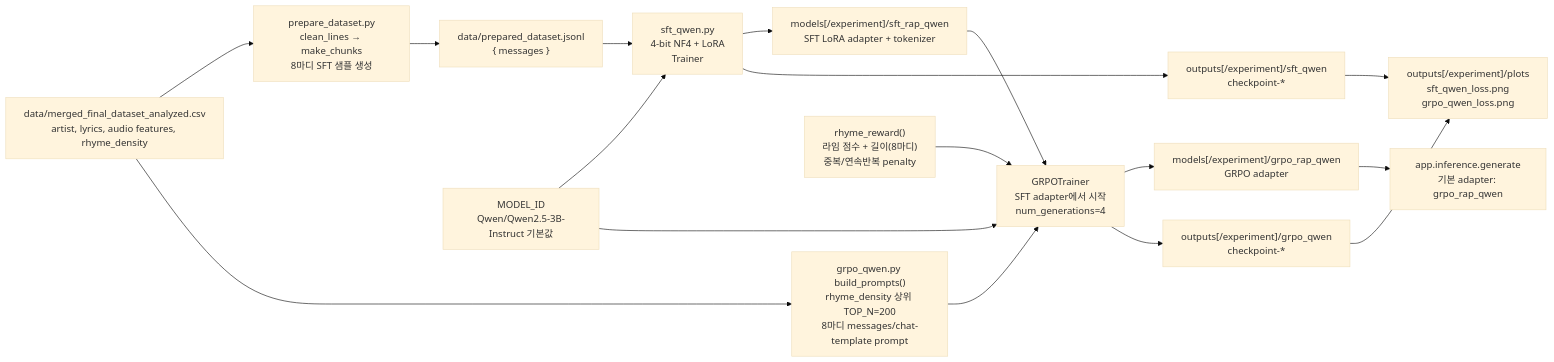
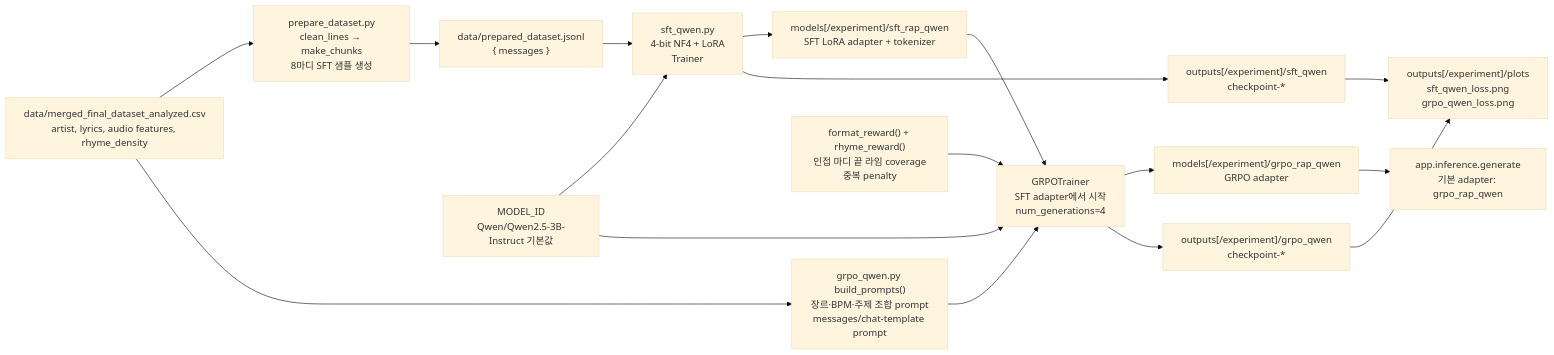
The second of 2 diagrams in pmtm-ai/docs/training-pipeline.md (hnuu785/PMTM), drawn with Mermaid (base theme) before and after one commit. The commit also changed 18 other files, not shown here.

Commit message:
refactor: replace rhyme scoring logic with a granular rhyme engine and update validation reward structures

````diff
--- a/pmtm-ai/docs/training-pipeline.md
+++ b/pmtm-ai/docs/training-pipeline.md
@@ -39,38 +39,38 @@
 ```mermaid
 flowchart LR
     RawCSV["data/merged_final_dataset_analyzed.csv<br/>artist, lyrics, audio features, rhyme_density"]
     Prepare["prepare_dataset.py<br/>clean_lines → make_chunks<br/>8마디 SFT 샘플 생성"]
     Jsonl["data/prepared_dataset.jsonl<br/>{ messages }"]
 
     Base["MODEL_ID<br/>Qwen/Qwen2.5-3B-Instruct 기본값"]
     SFTTrain["sft_qwen.py<br/>4-bit NF4 + LoRA<br/>Trainer"]
     SFTOut["models[/experiment]/sft_rap_qwen<br/>SFT LoRA adapter + tokenizer"]
     SFTCkpt["outputs[/experiment]/sft_qwen<br/>checkpoint-*"]
 
-    PromptBuild["grpo_qwen.py build_prompts()<br/>rhyme_density 상위 TOP_N=200<br/>8마디 messages/chat-template prompt"]
-    Reward["rhyme_reward()<br/>라임 점수 + 길이(8마디)<br/>중복/연속반복 penalty"]
+    PromptBuild["grpo_qwen.py build_prompts()<br/>장르·BPM·주제 조합 prompt<br/>messages/chat-template prompt"]
+    Reward["format_reward() + rhyme_reward()<br/>인접 마디 끝 라임 coverage<br/>중복 penalty"]
     GRPOTrain["GRPOTrainer<br/>SFT adapter에서 시작<br/>num_generations=4"]
     GRPOOut["models[/experiment]/grpo_rap_qwen<br/>GRPO adapter"]
     GRPOCkpt["outputs[/experiment]/grpo_qwen<br/>checkpoint-*"]
 
     Plots["outputs[/experiment]/plots<br/>sft_qwen_loss.png<br/>grpo_qwen_loss.png"]
     Inference["app.inference.generate<br/>기본 adapter: grpo_rap_qwen"]
 
     RawCSV --> Prepare --> Jsonl
     Jsonl --> SFTTrain
     Base --> SFTTrain
     SFTTrain --> SFTOut
     SFTTrain --> SFTCkpt
 
     RawCSV --> PromptBuild
     SFTOut --> GRPOTrain
     Base --> GRPOTrain
     PromptBuild --> GRPOTrain
     Reward --> GRPOTrain
     GRPOTrain --> GRPOOut
     GRPOTrain --> GRPOCkpt
 
     SFTCkpt --> Plots
     GRPOCkpt --> Plots
     GRPOOut --> Inference
 ```
````
